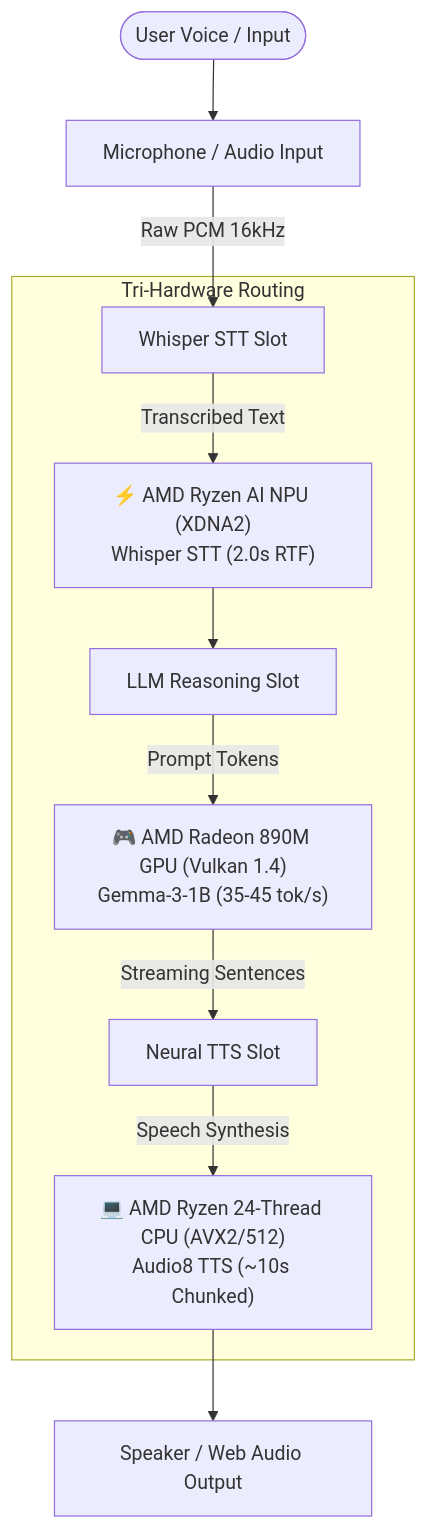
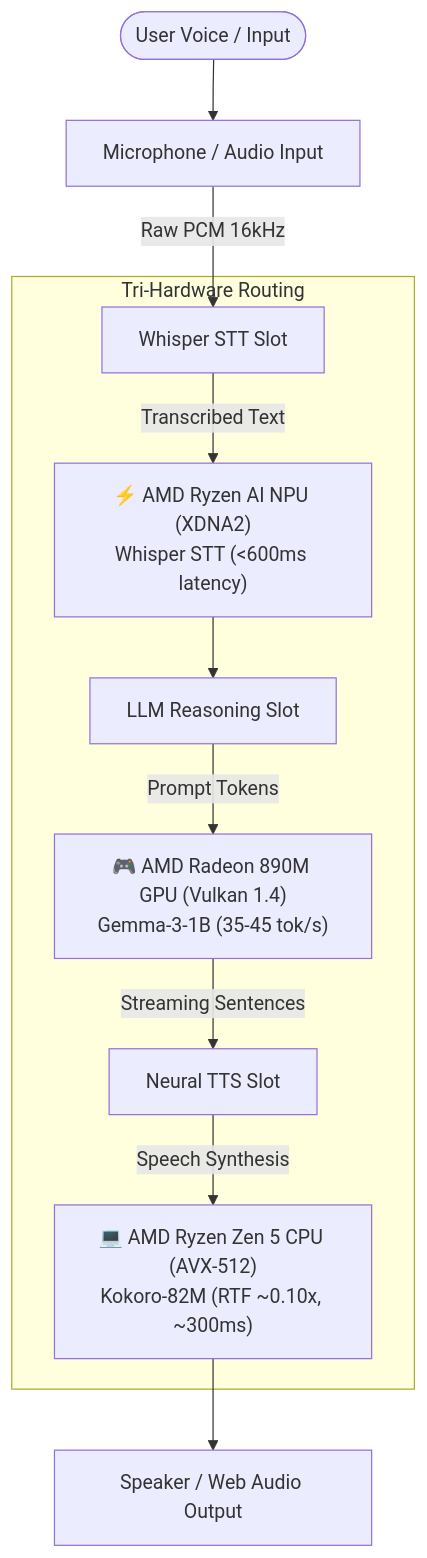
The diagram in docs/multi-device.md (daino-selvatico/alveare), drawn with Mermaid before and after one commit. The commit also changed other lines of this file and 31 other files, not shown here.

Commit message:
feat(3.0): set Gemma 4 E4B, Kokoro TTS, and Whisper Large defaults; add Live settings and GPU shaders

````diff
--- a/docs/multi-device.md
+++ b/docs/multi-device.md
@@ -5,15 +5,15 @@
 ```mermaid
 graph TD
     User([User Voice / Input]) --> Mic[Microphone / Audio Input]
     Mic -->|Raw PCM 16kHz| STT[Whisper STT Slot]
     
     subgraph "Tri-Hardware Routing"
-        STT -->|Transcribed Text| NPU["⚡ AMD Ryzen AI NPU (XDNA2)<br/>Whisper STT (2.0s RTF)"]
+        STT -->|Transcribed Text| NPU["⚡ AMD Ryzen AI NPU (XDNA2)<br/>Whisper STT (<600ms latency)"]
         NPU --> LLM[LLM Reasoning Slot]
         LLM -->|Prompt Tokens| GPU["🎮 AMD Radeon 890M GPU (Vulkan 1.4)<br/>Gemma-3-1B (35-45 tok/s)"]
         GPU -->|Streaming Sentences| TTS[Neural TTS Slot]
-        TTS -->|Speech Synthesis| CPU["💻 AMD Ryzen 24-Thread CPU (AVX2/512)<br/>Audio8 TTS (~10s Chunked)"]
+        TTS -->|Speech Synthesis| CPU["💻 AMD Ryzen Zen 5 CPU (AVX-512)<br/>Kokoro-82M (RTF ~0.10x, ~300ms)"]
     end
     
     CPU --> Speaker[Speaker / Web Audio Output]
 ```
````
